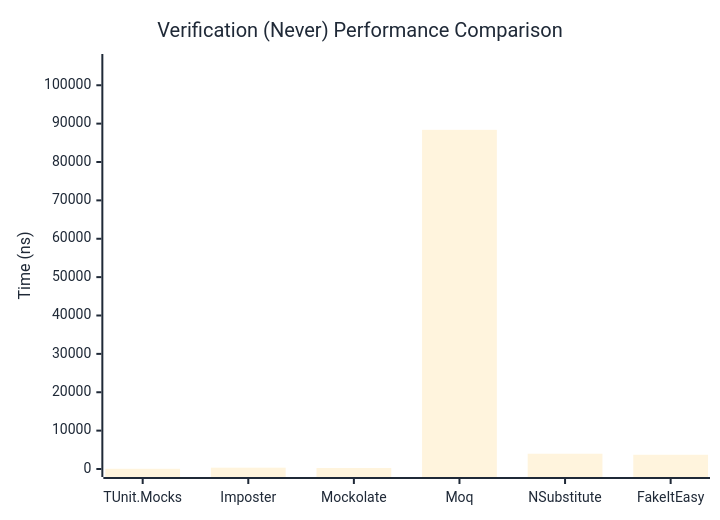
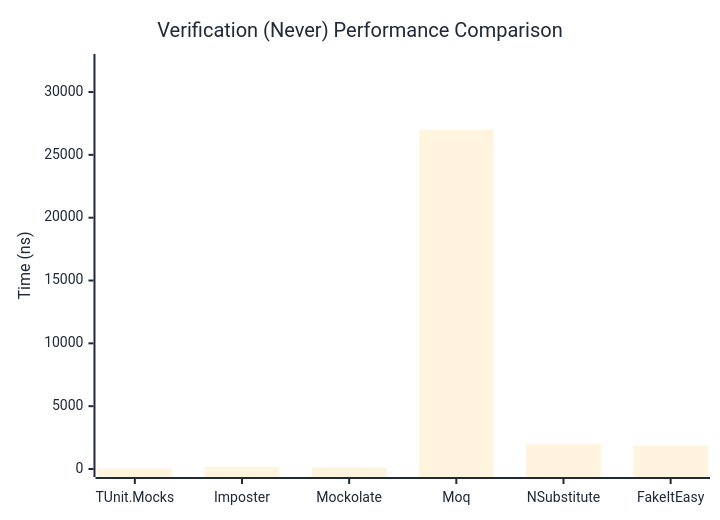
Before and after one commit to thomhurst/TUnit: the second of 3 diagrams in docs/docs/benchmarks/mocks/Verification.md, drawn with Mermaid. The commit also changed other lines of this file and 14 other files, not shown here.

````diff
--- a/docs/docs/benchmarks/mocks/Verification.md
+++ b/docs/docs/benchmarks/mocks/Verification.md
@@ -71,27 +71,27 @@
 ```mermaid
 %%{init: {
   'theme':'base',
   'themeVariables': {
     'primaryColor': '#2563eb',
     'primaryTextColor': '#1f2937',
     'primaryBorderColor': '#1e40af',
     'lineColor': '#6b7280',
     'secondaryColor': '#7c3aed',
     'tertiaryColor': '#dc2626',
     'background': '#ffffff',
     'pie1': '#2563eb',
     'pie2': '#7c3aed',
     'pie3': '#dc2626',
     'pie4': '#f59e0b',
     'pie5': '#10b981',
     'pie6': '#06b6d4',
     'pie7': '#ec4899',
     'pie8': '#6366f1'
   }
 }}%%
 xychart-beta
   title "Verification (Never) Performance Comparison"
   x-axis ["TUnit.Mocks", "Imposter", "Mockolate", "Moq", "NSubstitute", "FakeItEasy"]
-  y-axis "Time (ns)" 0 --> 106059
-  bar [54.43, 346.03, 254.79, 88382.32, 3976.05, 3712.09]
+  y-axis "Time (ns)" 0 --> 32391
+  bar [33.39, 173.66, 131.5, 26992.11, 1979.57, 1835.18]
 ```
````
